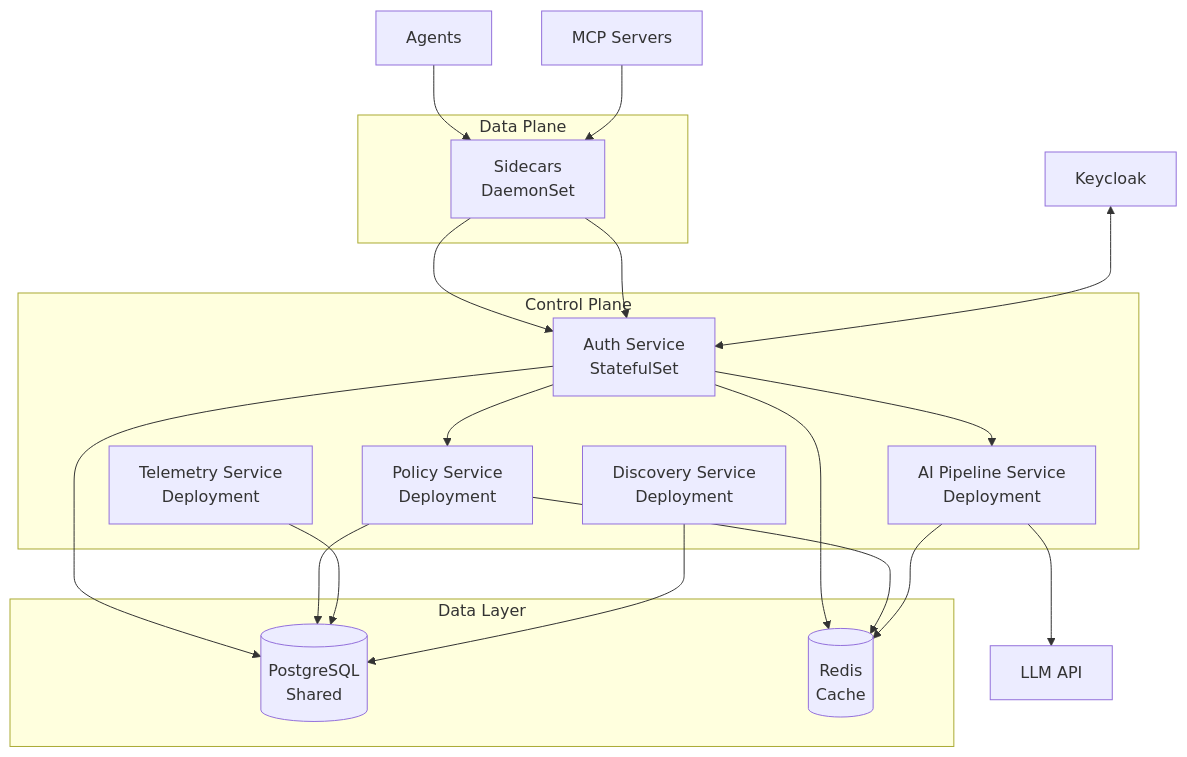
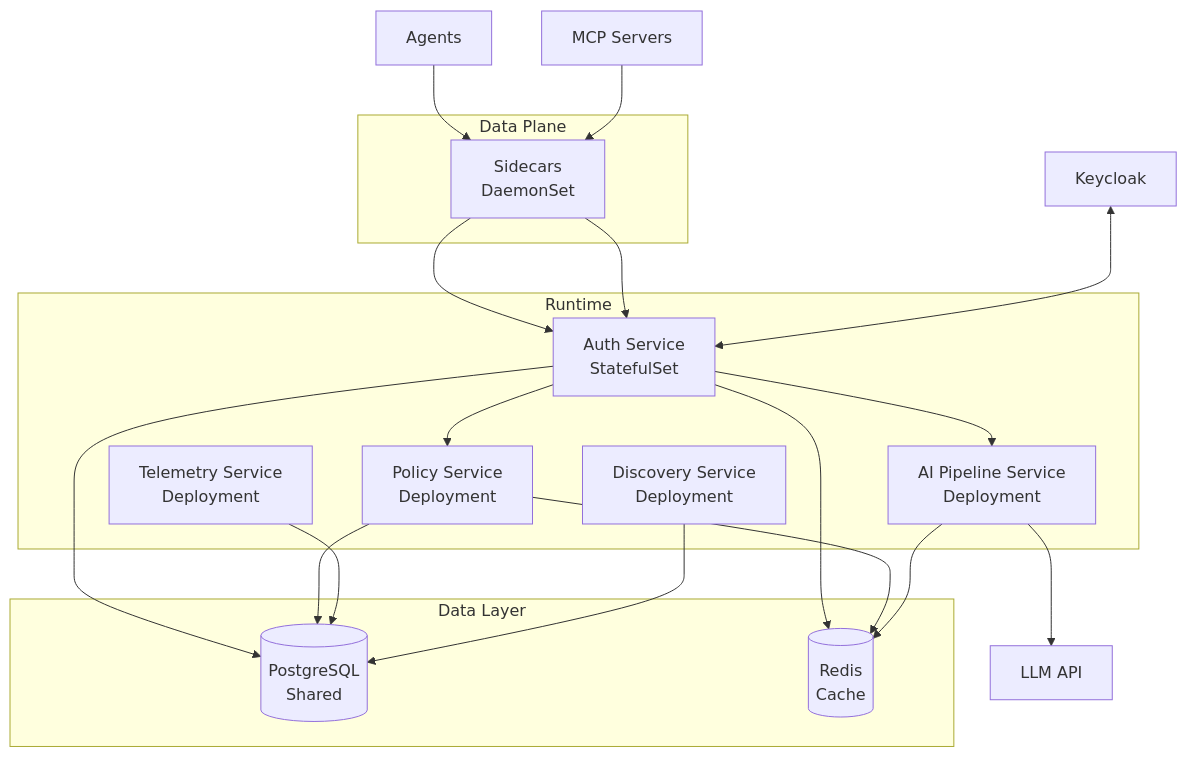
Before and after one commit to outshift-open/CASA: diagram 15 of 16 in docs/dev/specs/SPECS.md, drawn with Mermaid. The commit also changed other lines of this file and 95 other files, not shown here.

````diff
--- a/docs/dev/specs/SPECS.md
+++ b/docs/dev/specs/SPECS.md
@@ -7849,40 +7849,40 @@
 ```mermaid
 graph TB
-    subgraph "Control Plane"
+    subgraph "Runtime"
         AUTH_SVC[Auth Service<br/>StatefulSet]
         POLICY_SVC[Policy Service<br/>Deployment]
         AI_SVC[AI Pipeline Service<br/>Deployment]
         TELEM_SVC[Telemetry Service<br/>Deployment]
         DISC_SVC[Discovery Service<br/>Deployment]
     end
 
     subgraph "Data Layer"
         PG[(PostgreSQL<br/>Shared)]
         REDIS[(Redis<br/>Cache)]
     end
 
     subgraph "Data Plane"
         SIDECAR[Sidecars<br/>DaemonSet]
     end
 
     AGENTS[Agents] --> SIDECAR
     SIDECAR --> AUTH_SVC
     MCP[MCP Servers] --> SIDECAR
     SIDECAR --> AUTH_SVC
 
     AUTH_SVC --> PG
     AUTH_SVC --> REDIS
     AUTH_SVC --> POLICY_SVC
     AUTH_SVC --> AI_SVC
 
     POLICY_SVC --> PG
     POLICY_SVC --> REDIS
 
     AI_SVC --> LLM[LLM API]
     AI_SVC --> REDIS
 
     TELEM_SVC --> PG
     DISC_SVC --> PG
 
     KC[Keycloak] <--> AUTH_SVC
 ```
````
